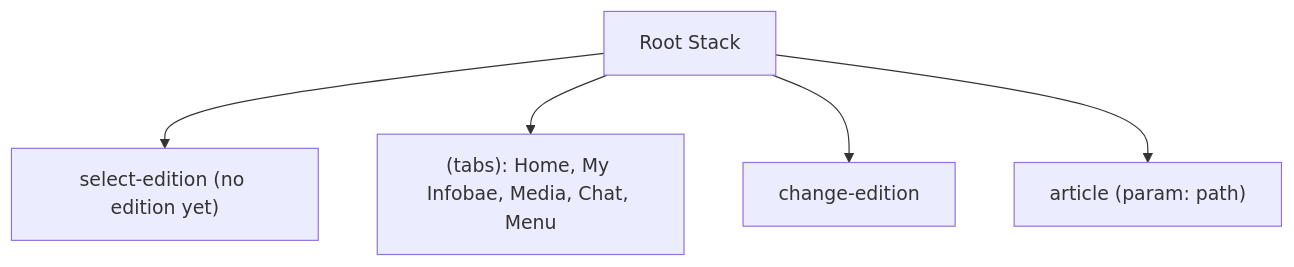
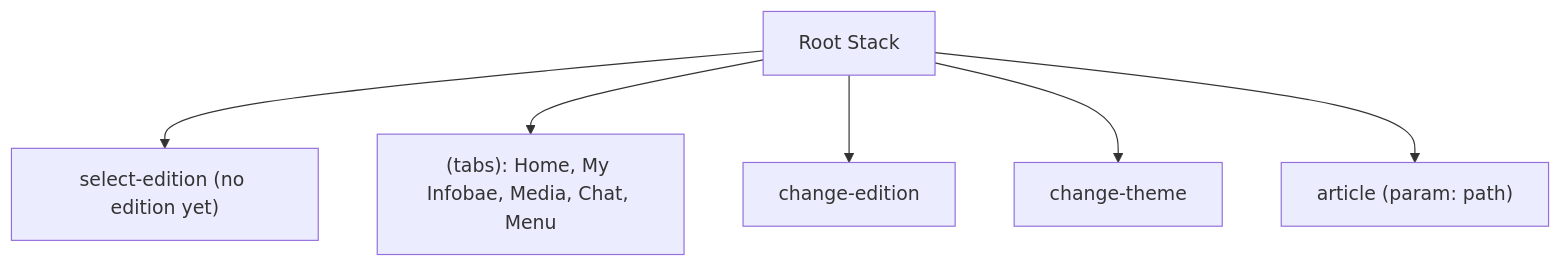
One commit to sunian/infobae-spectra-sandbox changed the fourth of 4 diagrams in docs/dev/architecture.md. Above: the diagram before and after it, drawn with Mermaid. The commit also changed other lines of this file and 89 other files, not shown here.

````diff
--- a/docs/dev/architecture.md
+++ b/docs/dev/architecture.md
@@ -51,7 +75,8 @@
 ```mermaid
 flowchart TD
   Root["Root Stack"] --> Select["select-edition (no edition yet)"]
   Root --> Tabs["(tabs): Home, My Infobae, Media, Chat, Menu"]
   Root --> Change["change-edition"]
+  Root --> ChangeTheme["change-theme"]
   Root --> Article["article (param: path)"]
 ```
````
